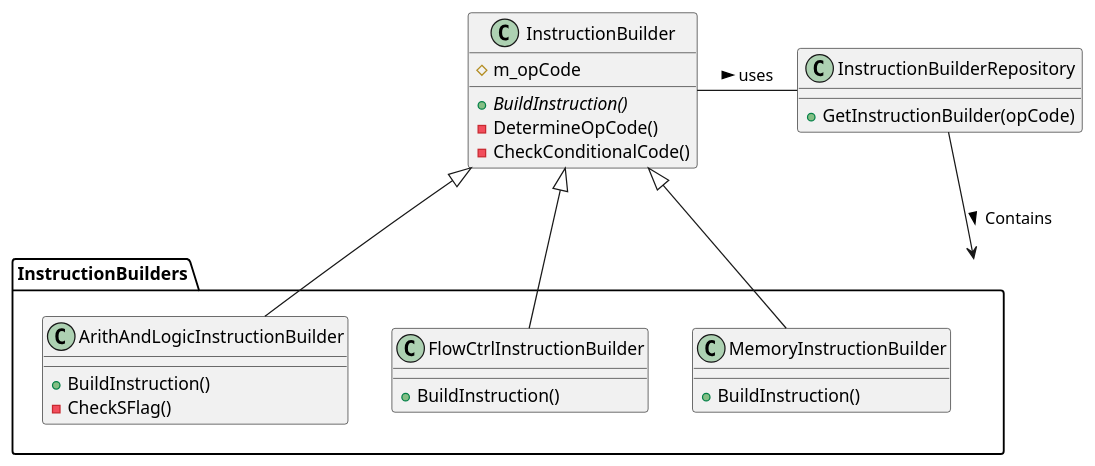
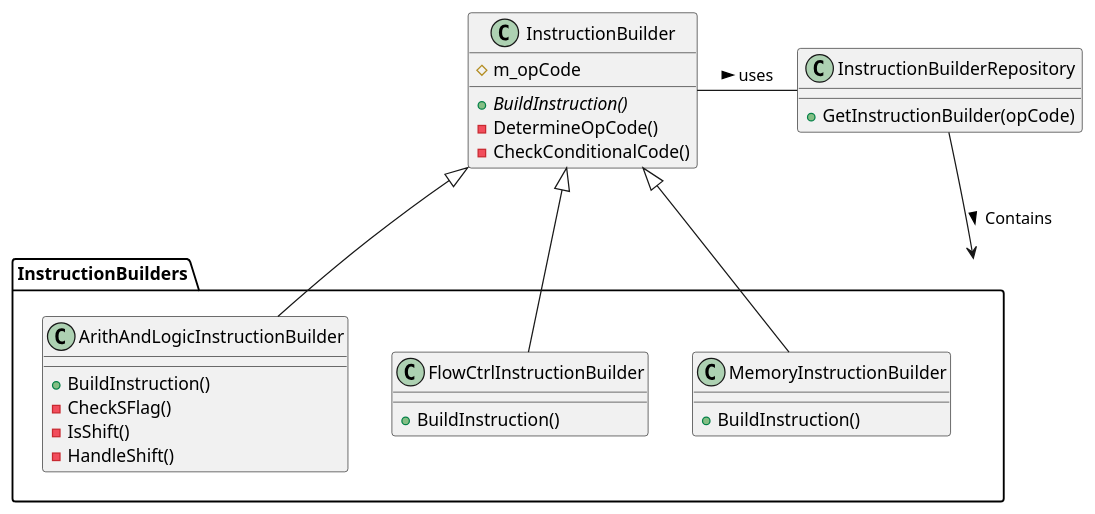
Before and after one commit to KaravolisL/ARM-ISA-Simulator: the second of 3 diagrams in docs/Instruction_Execution.md, drawn with PlantUML. The commit also changed other lines of this file and 1 other file, not shown here.

Commit message:
FlowCtrlInstruction hpp

````diff
--- a/docs/Instruction_Execution.md
+++ b/docs/Instruction_Execution.md
@@ -41,45 +37,47 @@
 ```plantuml
 @startuml
 
 class InstructionBuilder
 {
     {abstract} + BuildInstruction()
     - DetermineOpCode()
     - CheckConditionalCode()
     # m_opCode
 }
 
 class InstructionBuilderRepository
 {
     + GetInstructionBuilder(opCode)
 }
 
 package InstructionBuilders
 {
 
 class ArithAndLogicInstructionBuilder
 {
     + BuildInstruction()
     - CheckSFlag()
+    - IsShift()
+    - HandleShift()
 }
 
 class FlowCtrlInstructionBuilder
 {
     + BuildInstruction()
 }
 
 class MemoryInstructionBuilder
 {
     + BuildInstruction()
 }
 }
 
 InstructionBuilder <|-- ArithAndLogicInstructionBuilder
 InstructionBuilder <|-- FlowCtrlInstructionBuilder
 InstructionBuilder <|-- MemoryInstructionBuilder
 InstructionBuilder - InstructionBuilderRepository : > uses
 InstructionBuilderRepository --> InstructionBuilders : > Contains
 
 
 @enduml
 ```
````
